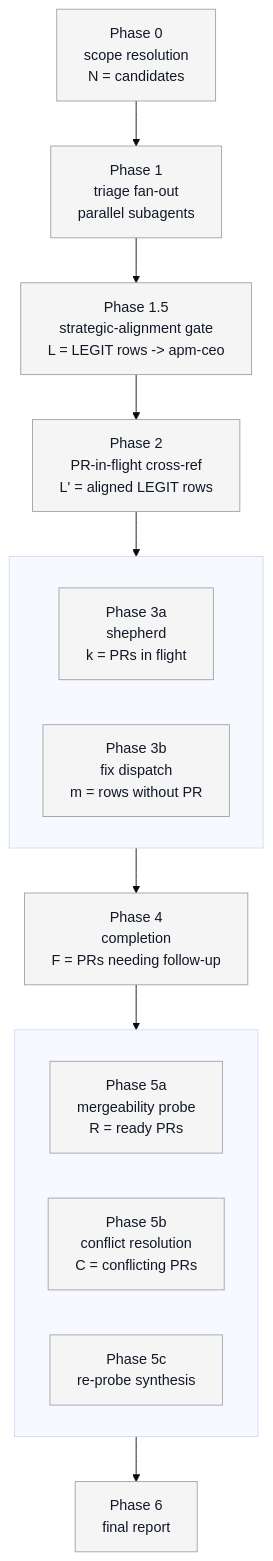
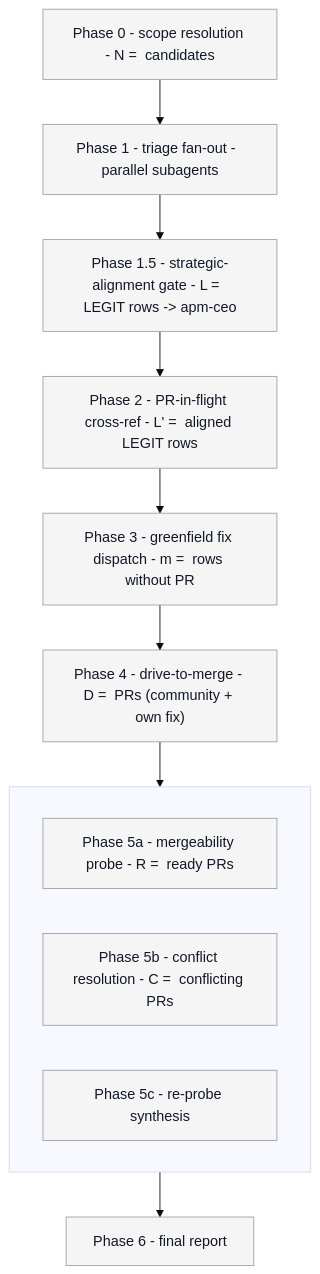
The diagram in .agents/skills/batch-bug-shepherd/assets/progress-diagram.md (microsoft/apm), drawn with Mermaid (base theme) before and after one commit. The commit also changed other lines of this file and 112 other files, not shown here.

````diff
--- a/.agents/skills/batch-bug-shepherd/assets/progress-diagram.md
+++ b/.agents/skills/batch-bug-shepherd/assets/progress-diagram.md
@@ -46,32 +48,26 @@
 ```mermaid
 flowchart TB
-    P0["Phase 0<br/>scope resolution<br/>N = <N> candidates"]:::pending
-    P1["Phase 1<br/>triage fan-out<br/><N> parallel subagents"]:::pending
-    P15["Phase 1.5<br/>strategic-alignment gate<br/>L = <L> LEGIT rows -> apm-ceo"]:::pending
-    P2["Phase 2<br/>PR-in-flight cross-ref<br/>L' = <L_prime> aligned LEGIT rows"]:::pending
-
-    subgraph WAVE2[" "]
-        direction LR
-        P3a["Phase 3a<br/>shepherd<br/>k = <k> PRs in flight"]:::pending
-        P3b["Phase 3b<br/>fix dispatch<br/>m = <m> rows without PR"]:::pending
-    end
-
-    P4["Phase 4<br/>completion<br/>F = <F> PRs needing follow-up"]:::pending
+    P0["Phase 0 - scope resolution - N = <N> candidates"]:::pending
+    P1["Phase 1 - triage fan-out - <N> parallel subagents"]:::pending
+    P15["Phase 1.5 - strategic-alignment gate - L = <L> LEGIT rows -> apm-ceo"]:::pending
+    P2["Phase 2 - PR-in-flight cross-ref - L' = <L_prime> aligned LEGIT rows"]:::pending
+    P3["Phase 3 - greenfield fix dispatch - m = <m> rows without PR"]:::pending
+    P4["Phase 4 - drive-to-merge - D = <D> PRs (community + own fix)"]:::pending
 
     subgraph WAVE4[" "]
         direction LR
-        P5a["Phase 5a<br/>mergeability probe<br/>R = <R> ready PRs"]:::pending
-        P5b["Phase 5b<br/>conflict resolution<br/>C = <C> conflicting PRs"]:::pending
-        P5c["Phase 5c<br/>re-probe synthesis"]:::pending
+        P5a["Phase 5a - mergeability probe - R = <R> ready PRs"]:::pending
+        P5b["Phase 5b - conflict resolution - C = <C> conflicting PRs"]:::pending
+        P5c["Phase 5c - re-probe synthesis"]:::pending
     end
 
-    P6["Phase 6<br/>final report"]:::pending
+    P6["Phase 6 - final report"]:::pending
 
-    P0 --> P1 --> P15 --> P2 --> WAVE2 --> P4 --> WAVE4 --> P6
+    P0 --> P1 --> P15 --> P2 --> P3 --> P4 --> WAVE4 --> P6
 
     classDef pending fill:#f5f5f5,stroke:#9ca3af,stroke-width:1px,color:#111827
     classDef active  fill:#dbeafe,stroke:#2563eb,stroke-width:3px,color:#0c4a6e
     classDef done    fill:#dcfce7,stroke:#16a34a,stroke-width:1px,color:#14532d
     classDef blocked fill:#fef3c7,stroke:#d97706,stroke-width:2px,color:#78350f
     classDef skipped fill:#f3f4f6,stroke:#6b7280,stroke-width:1px,stroke-dasharray:4 2,color:#374151
 ```
````
